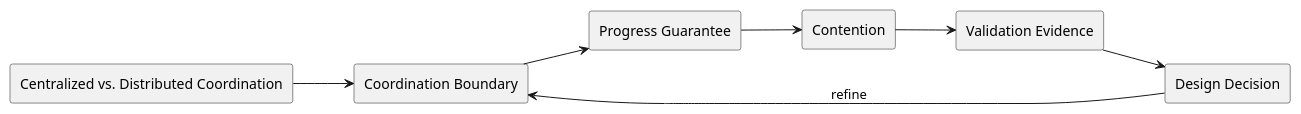
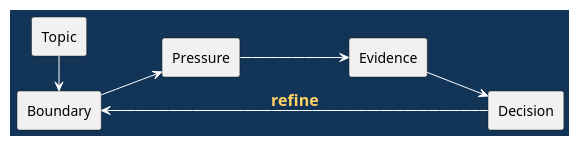
The fourth of 9 diagrams in doc/lectures/week7/centralized_vs_distributed/README.slides.adoc (madajaju/CS5254), drawn with PlantUML before and after one commit. The commit also changed other lines of this file and 44 other files, not shown here.

```diff
--- a/doc/lectures/week7/centralized_vs_distributed/README.slides.adoc
+++ b/doc/lectures/week7/centralized_vs_distributed/README.slides.adoc
@@ -55,22 +90,30 @@
-[plantuml, target=system-architecture, format=svg, width=80%]
+[plantuml,width=100%]
 ----
 @startuml
-skinparam monochrome true
+skinparam BackgroundColor #123456
+skinparam DefaultFontColor black
+skinparam ArrowColor white
+skinparam ArrowFontColor #ffd166
+skinparam ArrowFontStyle bold
+skinparam ArrowFontSize 16
 skinparam shadowing false
+skinparam monochrome false
+skinparam class {
+  BackgroundColor white
+  BorderColor #123456
+  FontColor black
+}
 left to right direction
 
-rectangle "Centralized vs. Distributed Coordination" as Topic
-rectangle "Coordination Boundary" as A
-rectangle "Progress Guarantee" as B
-rectangle "Contention" as C
-rectangle "Validation Evidence" as V
-rectangle "Design Decision" as D
-
-Topic --> A
-A --> B
-B --> C
-C --> V
-V --> D
-D --> A : refine
+rectangle "Topic" as T
+rectangle "Boundary" as B
+rectangle "Pressure" as P
+rectangle "Evidence" as E
+rectangle "Decision" as D
+T -> B
+B --> P
+P --> E
+E --> D
+D --> B : refine
 @enduml
 ----
```
